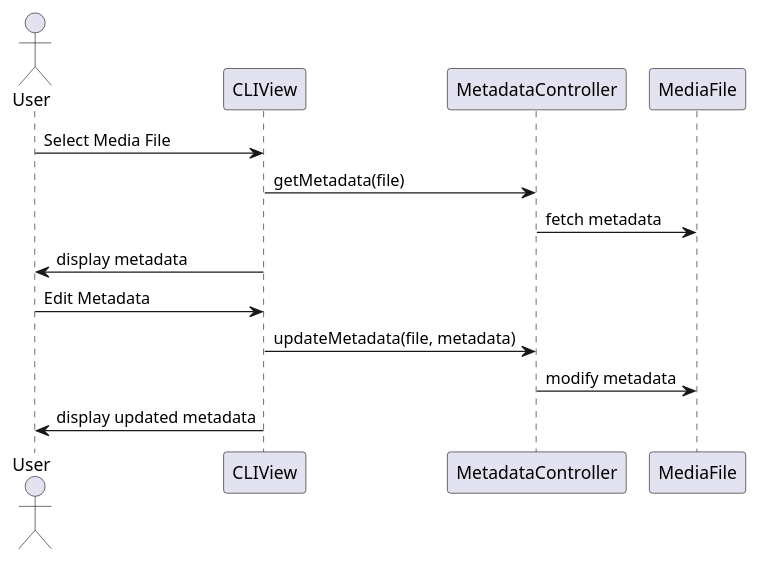
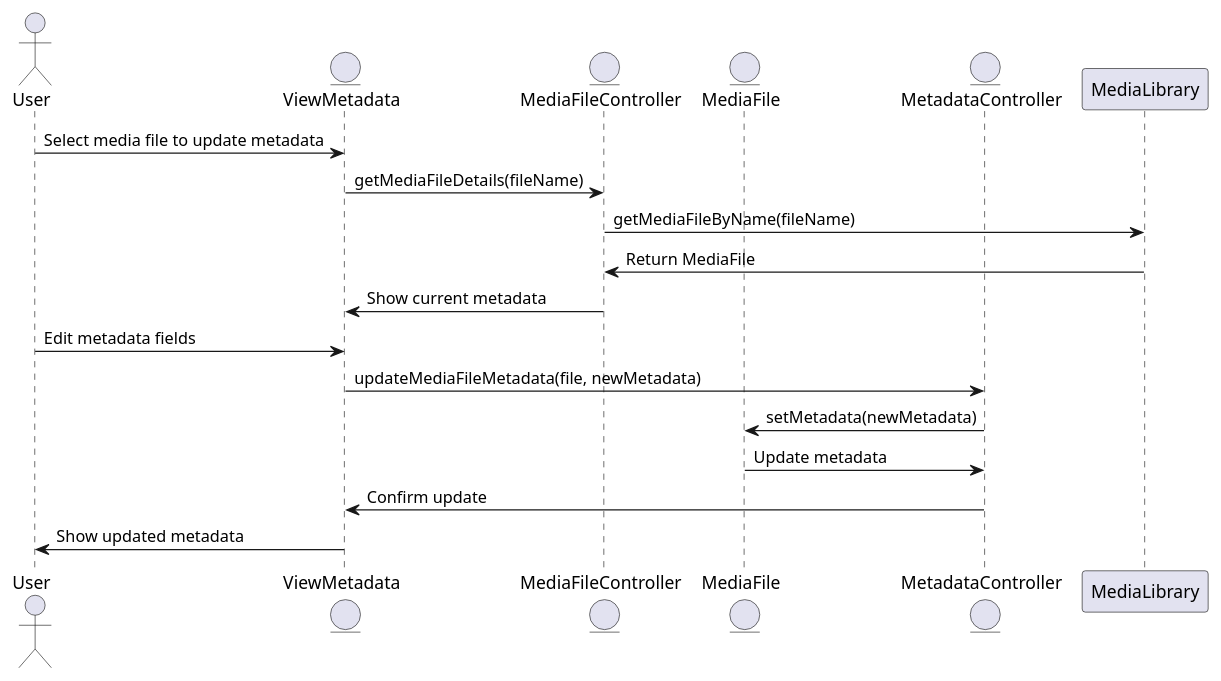
Before and after one commit to Weizy-NTT/Spotify-rep-1-1: the diagram in Docs/Usecase3/Usecase3.plantuml, drawn with PlantUML. The commit also changed 25 other files, not shown here.

```diff
--- a/Docs/Usecase3/Usecase3.plantuml
+++ b/Docs/Usecase3/Usecase3.plantuml
@@ -1,16 +1,19 @@
-@startuml Metadata
+@startuml UpdateMediaFileMetadata
 actor User
-participant CLIView
-participant MetadataController
-participant MediaFile
+entity ViewMetadata
+entity MediaFileController
+entity MediaFile
+entity MetadataController
 
-User -> CLIView : Select Media File
-CLIView -> MetadataController : getMetadata(file)
-MetadataController -> MediaFile : fetch metadata
-CLIView -> User : display metadata
-
-User -> CLIView : Edit Metadata
-CLIView -> MetadataController : updateMetadata(file, metadata)
-MetadataController -> MediaFile : modify metadata
-CLIView -> User : display updated metadata
+User -> ViewMetadata: Select media file to update metadata
+ViewMetadata -> MediaFileController: getMediaFileDetails(fileName)
+MediaFileController -> MediaLibrary: getMediaFileByName(fileName)
+MediaLibrary -> MediaFileController: Return MediaFile
+MediaFileController -> ViewMetadata: Show current metadata
+User -> ViewMetadata: Edit metadata fields
+ViewMetadata -> MetadataController: updateMediaFileMetadata(file, newMetadata)
+MetadataController -> MediaFile: setMetadata(newMetadata)
+MediaFile -> MetadataController: Update metadata
+MetadataController -> ViewMetadata: Confirm update
+ViewMetadata -> User: Show updated metadata
 @enduml
```
